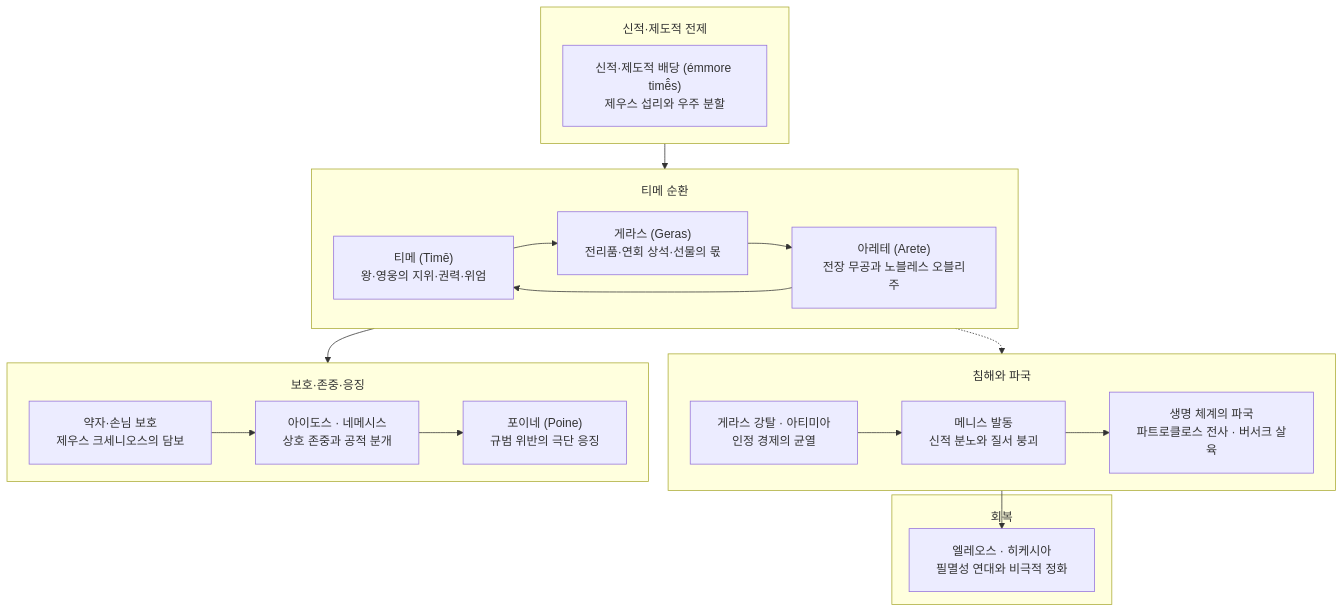
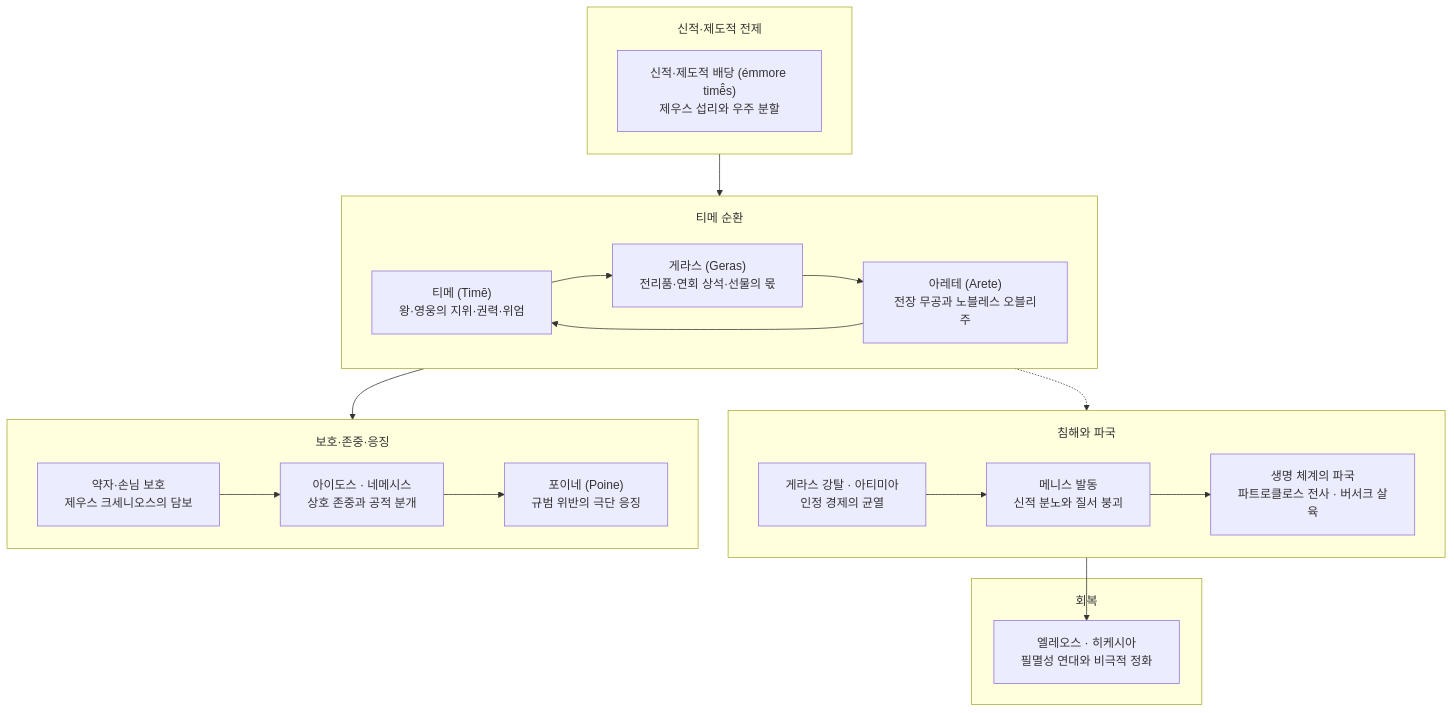
One commit to YgHnSIM/Homer_wiki changed the diagram in wiki/concepts/concept-time.md. Above: the diagram before and after it, drawn with Mermaid. The commit also changed 1 other file, not shown here.

Commit message:
fix(concepts): concept-time 서브그래프 간격 확대

````diff
--- a/wiki/concepts/concept-time.md
+++ b/wiki/concepts/concept-time.md
@@ -164,37 +164,37 @@
 ```mermaid
-%%{init: {'flowchart': {'useMaxWidth': true, 'nodeSpacing': 26, 'rankSpacing': 34, 'padding': 18, 'subGraphTitleMargin': {'top': 18, 'bottom': 10}}}}%%
+%%{init: {'flowchart': {'useMaxWidth': true, 'nodeSpacing': 40, 'rankSpacing': 56, 'padding': 18, 'subGraphTitleMargin': {'top': 18, 'bottom': 10}}}}%%
 flowchart TD
     subgraph Divine ["신적·제도적 전제"]
         direction LR
         Div["신적·제도적 배당 (émmore timē̂s)<br/>제우스 섭리와 우주 분할"]
     end
 
     subgraph Core ["티메 순환"]
         direction LR
         TimeN["티메 (Timē)<br/>왕·영웅의 지위·권력·위엄"]:::focus
         Geras["게라스 (Geras)<br/>전리품·연회 상석·선물의 몫"]
         Arete["아레테 (Arete)<br/>전장 무공과 노블레스 오블리주"]
         Div --> TimeN
         TimeN --> Geras
         Geras --> Arete
         Arete --> TimeN
     end
 
     subgraph Crisis ["침해와 파국"]
         direction LR
         Seize["게라스 강탈 · 아티미아<br/>인정 경제의 균열"]:::crisis --> Menis["메니스 발동<br/>신적 분노와 질서 붕괴"]:::crisis --> Fall["생명 체계의 파국<br/>파트로클로스 전사 · 버서크 살육"]:::crisis
     end
 
     subgraph Norm ["보호·존중·응징"]
         direction LR
         Xenia["약자·손님 보호<br/>제우스 크세니오스의 담보"] --> Aidos["아이도스 · 네메시스<br/>상호 존중과 공적 분개"] --> Poine["포이네 (Poine)<br/>규범 위반의 극단 응징"]:::crisis
     end
 
     subgraph Resolve ["회복"]
         Eleos["엘레오스 · 히케시아<br/>필멸성 연대와 비극적 정화"]:::resolve
     end
 
     Geras -.-> Seize
     TimeN --> Xenia
     Fall --> Eleos
 ```
````
